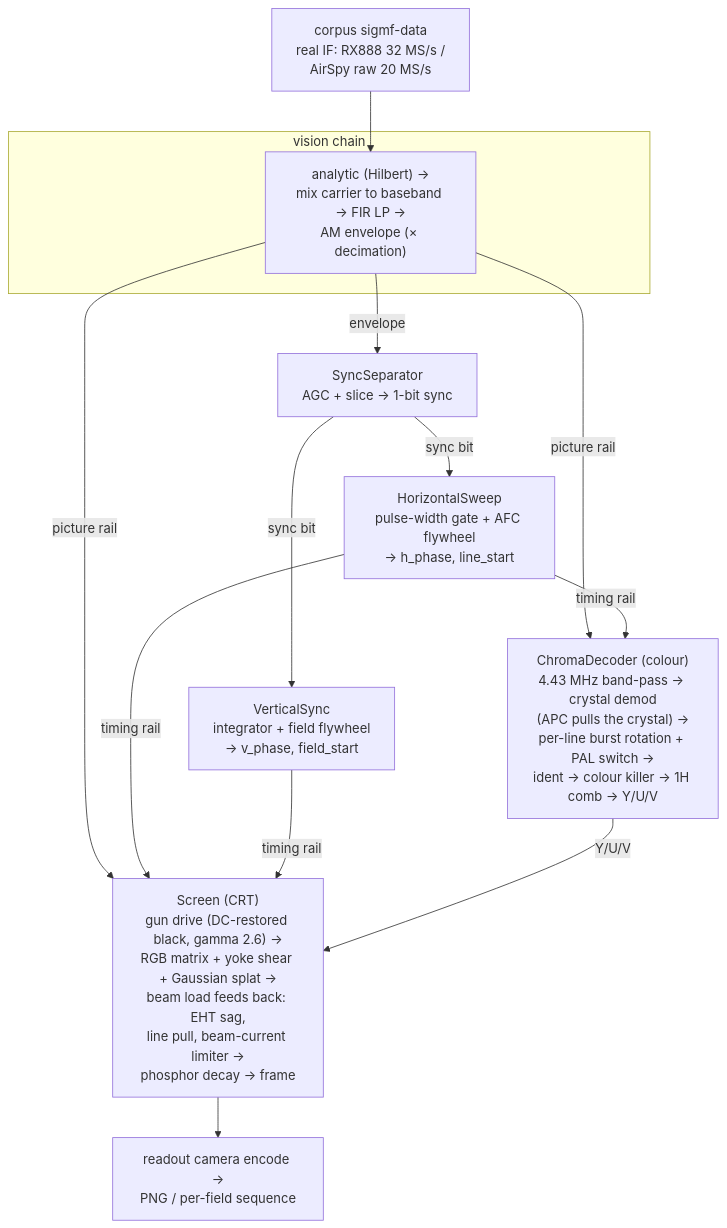
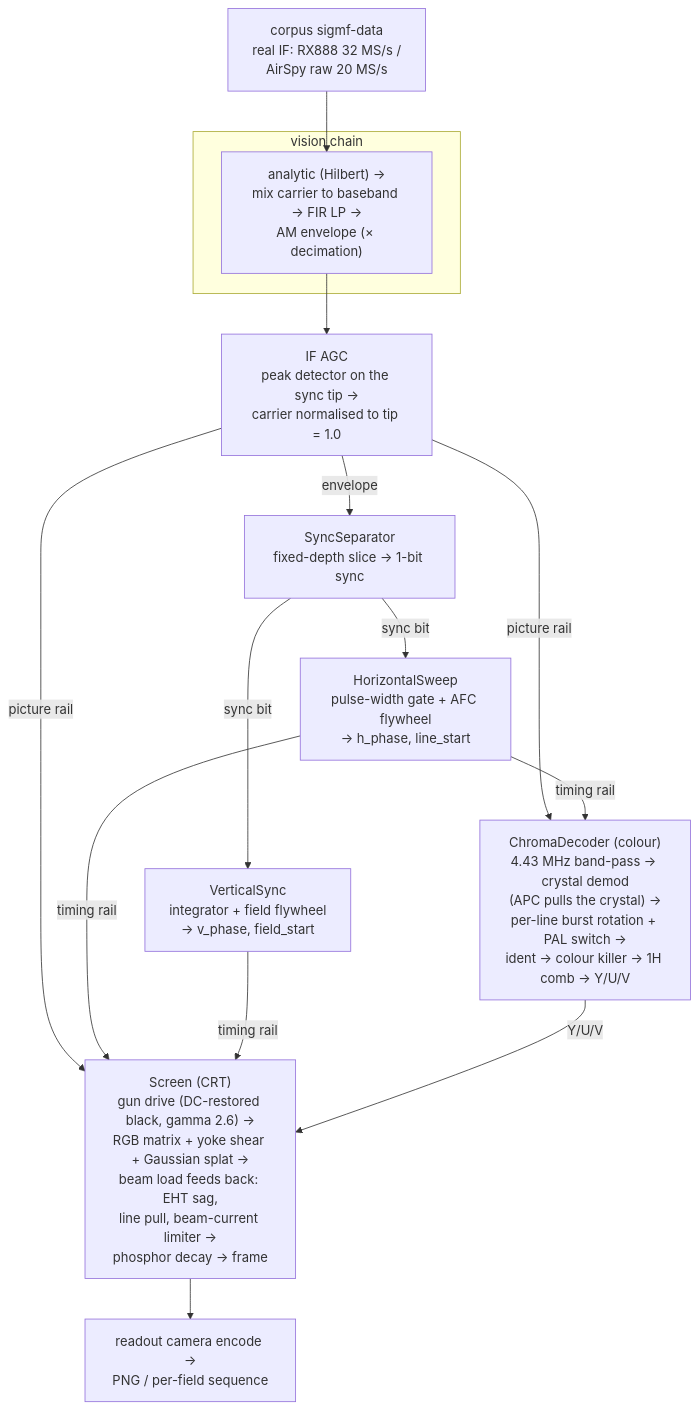
One commit to mattgodbolt/PALindrome changed the diagram in README.md. Above: the diagram before and after it, drawn with Mermaid. The commit also changed other lines of this file and 13 other files, not shown here.

First line of the commit message:
era: sync-tip IF AGC - absolute levels, fixed slicer, peak-white limiter (#47)

````diff
--- a/README.md
+++ b/README.md
@@ -113,19 +115,20 @@
 ```mermaid
 flowchart TD
     SIGMF["corpus sigmf-data<br/>real IF: RX888 32 MS/s /<br/>AirSpy raw 20 MS/s"] --> VIS
 
     subgraph vis["vision chain"]
       VIS["analytic (Hilbert) →<br/>mix carrier to baseband → FIR LP →<br/>AM envelope (× decimation)"]
     end
 
-    VIS -->|envelope| SEP["SyncSeparator<br/>AGC + slice → 1-bit sync"]
-    VIS -->|picture rail| SCR
-    VIS -->|picture rail| CH["ChromaDecoder (colour)<br/>4.43 MHz band-pass → crystal demod<br/>(APC pulls the crystal) →<br/>per-line burst rotation + PAL switch →<br/>ident → colour killer → 1H comb → Y/U/V"]
+    VIS --> AGC["IF AGC<br/>peak detector on the sync tip →<br/>carrier normalised to tip = 1.0"]
+    AGC -->|envelope| SEP["SyncSeparator<br/>fixed-depth slice → 1-bit sync"]
+    AGC -->|picture rail| SCR
+    AGC -->|picture rail| CH["ChromaDecoder (colour)<br/>4.43 MHz band-pass → crystal demod<br/>(APC pulls the crystal) →<br/>per-line burst rotation + PAL switch →<br/>ident → colour killer → 1H comb → Y/U/V"]
     SEP -->|sync bit| HS["HorizontalSweep<br/>pulse-width gate + AFC flywheel<br/>→ h_phase, line_start"]
     SEP -->|sync bit| VS["VerticalSync<br/>integrator + field flywheel<br/>→ v_phase, field_start"]
     HS -->|timing rail| CH
     HS -->|timing rail| SCR["Screen (CRT)<br/>gun drive (DC-restored black, gamma 2.6) →<br/>RGB matrix + yoke shear + Gaussian splat →<br/>beam load feeds back: EHT sag,<br/>line pull, beam-current limiter →<br/>phosphor decay → frame"]
     VS -->|timing rail| SCR
     CH -->|Y/U/V| SCR
     SCR --> PNG["readout camera encode →<br/>PNG / per-field sequence"]
 ```
````
